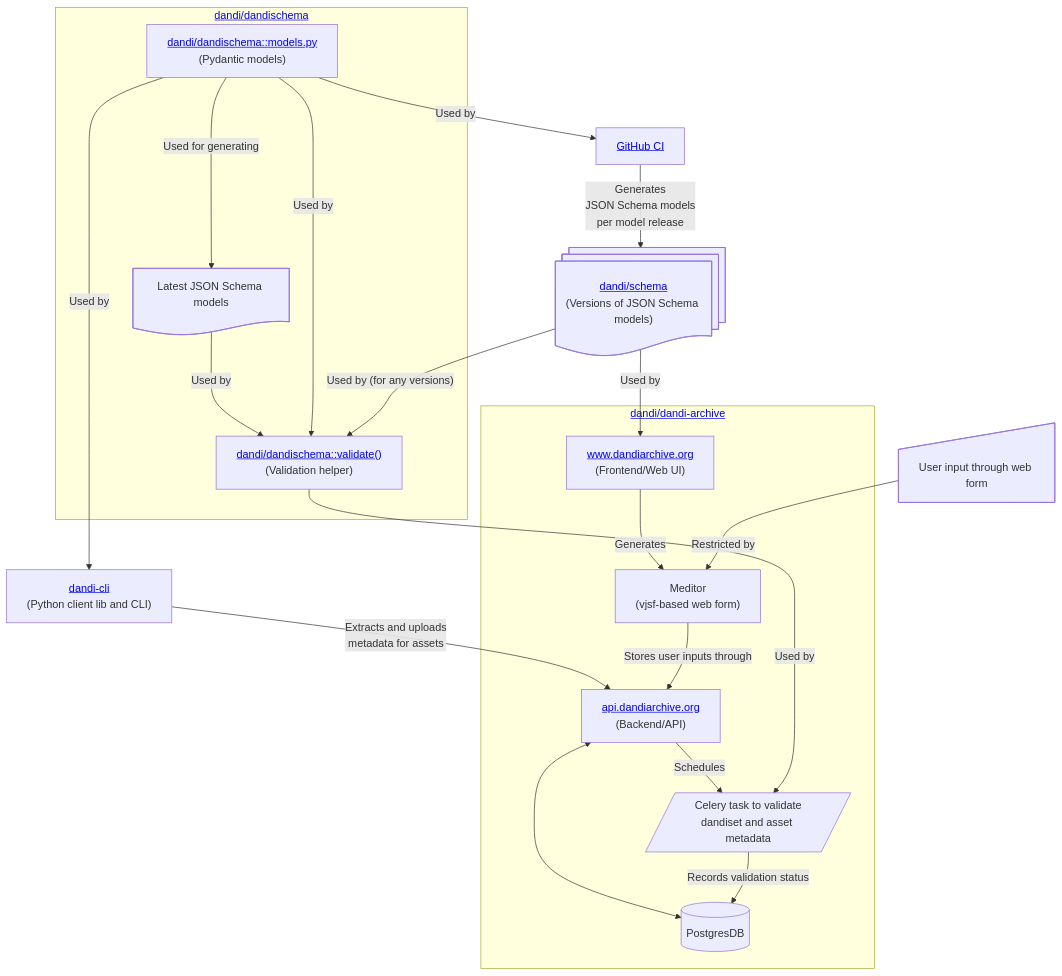
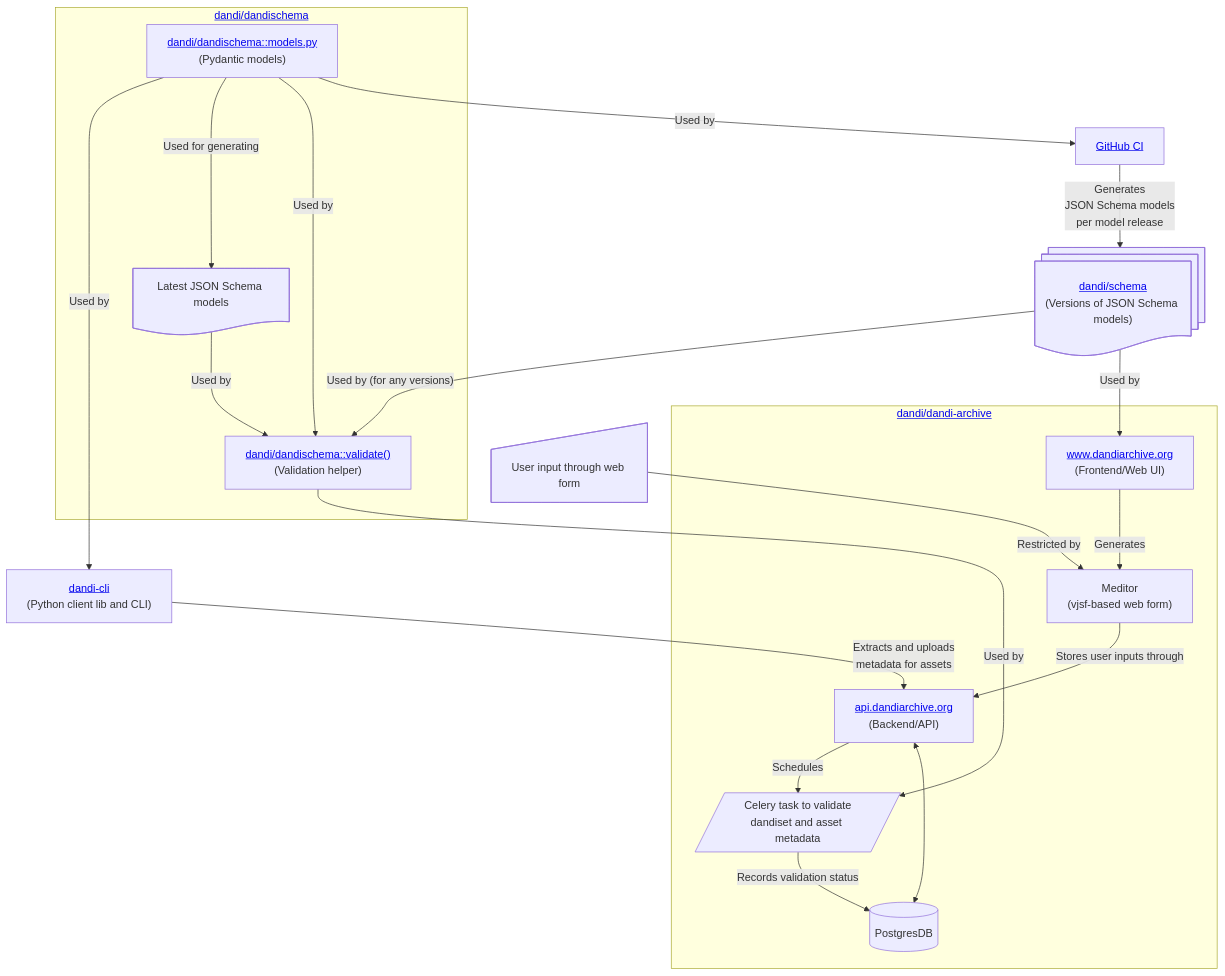
The diagram in dandi-models.mmd (candleindark/dandi-models-mermaid), drawn with Mermaid before and after one commit.

Commit message:
Reorganize

```diff
--- a/dandi-models.mmd
+++ b/dandi-models.mmd
@@ -1,47 +1,43 @@
 flowchart TD
+    %% nodes
     dandi_json["<a href='https://github.com/dandi/schema'>dandi/schema</a><br/>(Versions of JSON Schema models)"]@{ shape: docs }
     dandi_cli["<a href='https://github.com/dandi/dandi-cli'>dandi-cli</a><br/>(Python client lib and CLI)"]
     ci[<a href='https://github.com/dandi/dandi-schema/blob/master/.github/workflows/release.yml'>GitHub CI</a>]
     web_input["User input through web form"]@{ shape: manual-input }
 
     subgraph "<a href='https://github.com/dandi/dandi-schema'>dandi/dandischema</a>"
         %% nodes
         dandi_pydantic["<a href='https://github.com/dandi/dandi-schema/blob/master/dandischema/models.py'>dandi/dandischema::models.py</a><br/>(Pydantic models)"]
         dandi_validate["<a href='https://github.com/dandi/dandi-schema/blob/c3007768e002c9f51ea37b5e6b3628f7f7f20943/dandischema/metadata.py#L195'>dandi/dandischema::validate()</a><br/>(Validation helper)"]
         dandi_json_runtime[Latest JSON Schema models]@{ shape: doc }
-
-        %% edges
-        dandi_pydantic -->|Used for generating| dandi_json_runtime -->|Used by| dandi_validate
     end
 
     subgraph "<a href='https://github.com/dandi/dandi-archive'>dandi/dandi-archive</a>"
         %% nodes
         dandi_archive_db[(PostgresDB)]
         dandi_archive_backend["<a href='https://api.dandiarchive.org'>api.dandiarchive.org</a><br/>(Backend/API)"]
         dandi_archive_frontend["<a href='https://www.dandiarchive.org'>www.dandiarchive.org</a><br/>(Frontend/Web UI)"]
         meditor["Meditor<br/>(vjsf-based web form)"]
         dandi_archive_validate[/Celery task to validate<br/>dandiset and asset metadata/]
     end
 
+    %% --- edges ---
+    dandi_pydantic -->|Used by| dandi_cli
+    dandi_pydantic -->|Used for generating| dandi_json_runtime -->|Used by| dandi_validate
+    dandi_pydantic -->|Used by| dandi_validate
     dandi_pydantic -->|Used by| ci -->|Generates<br/> JSON Schema models<br/> per model release| dandi_json
 
+    dandi_json -->|"Used by (for any versions)"| dandi_validate
+    dandi_json -->|Used by| dandi_archive_frontend
 
-
-    dandi_pydantic -->|Used by| dandi_cli
-    dandi_pydantic -->|Used by| dandi_validate
-    dandi_json -->|"Used by (for any versions)"| dandi_validate
+    dandi_validate -->|Used by| dandi_archive_validate
 
     dandi_archive_backend --> |Schedules| dandi_archive_validate
     dandi_archive_backend <--->  dandi_archive_db
-    dandi_validate -->|Used by| dandi_archive_validate
-
-    dandi_json -->|Used by| dandi_archive_frontend
 
     dandi_cli --> |Extracts and uploads<br/>metadata for assets| dandi_archive_backend
-
 
     dandi_archive_frontend --> |Generates| meditor
     web_input --> | Restricted by| meditor
     meditor --> |Stores user inputs through| dandi_archive_backend
-
     dandi_archive_validate --> |Records validation status| dandi_archive_db
```
